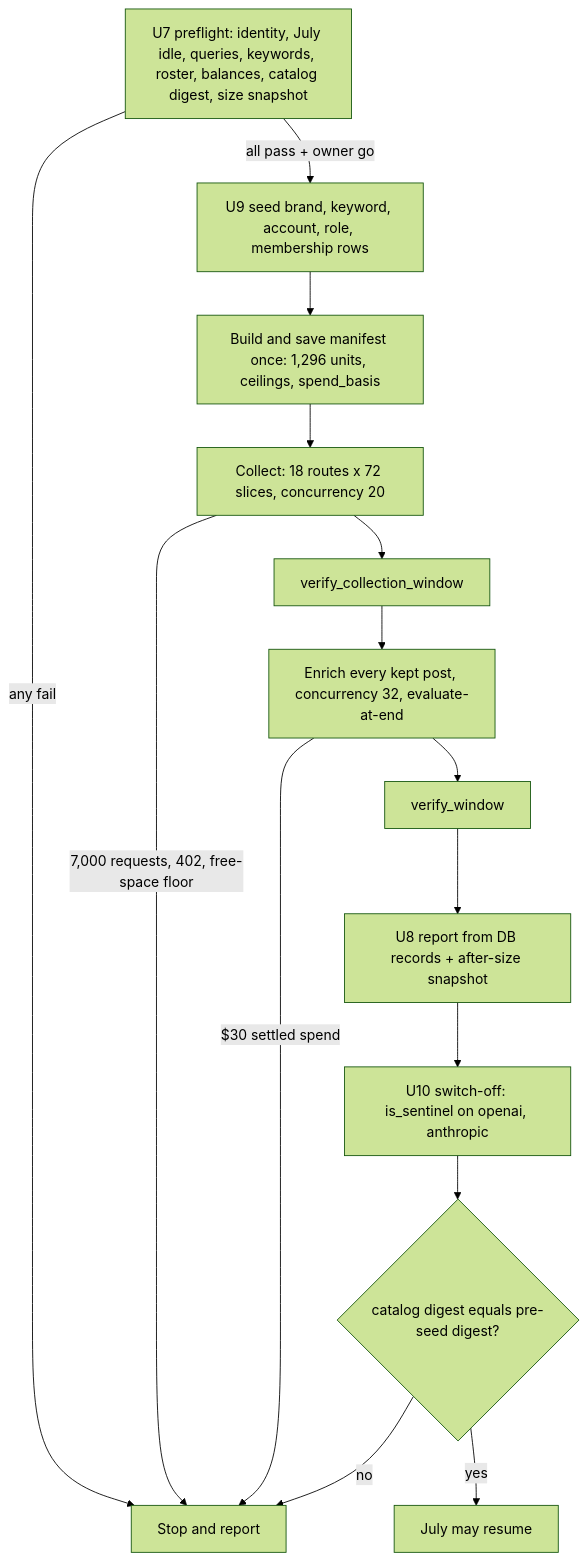
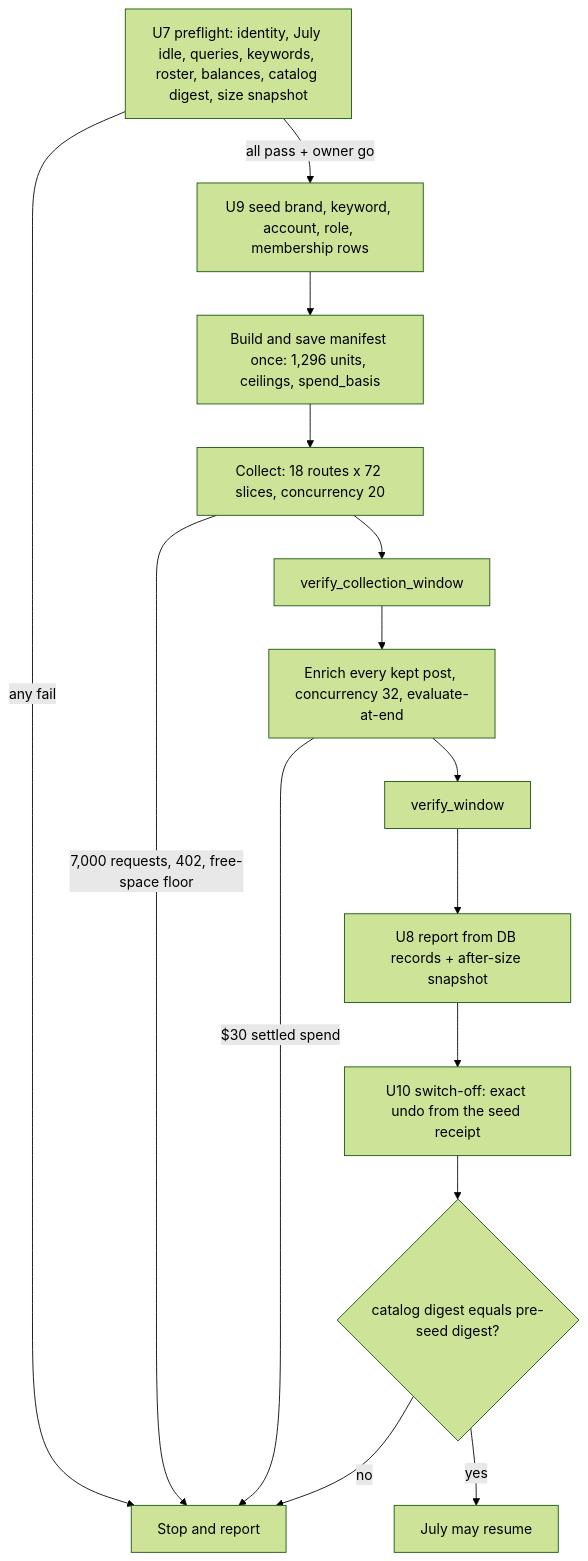
The first of 2 diagrams in docs/plans/2026-10-27-113859-ops-oai-anthropic-size-20261027-plan.md (allenwlee/pushin-weight-v2), drawn with Mermaid (forest theme) before and after one commit. The commit also changed other lines of this file, not shown here.

First line of the commit message:
docs(plan): record the owner's go, exact-undo switch-off and pre-launch results

````diff
--- a/docs/plans/2026-10-27-113859-ops-oai-anthropic-size-20261027-plan.md
+++ b/docs/plans/2026-10-27-113859-ops-oai-anthropic-size-20261027-plan.md
@@ -396,17 +399,17 @@
 ```mermaid
 flowchart TB
   P[U7 preflight: identity, July idle, queries, keywords, roster, balances, catalog digest, size snapshot] -->|all pass + owner go| S[U9 seed brand, keyword, account, role, membership rows]
   P -->|any fail| X[Stop and report]
   S --> M[Build and save manifest once: 1,296 units, ceilings, spend_basis]
   M --> C[Collect: 18 routes x 72 slices, concurrency 20]
   C -->|7,000 requests, 402, free-space floor| X
   C --> V[verify_collection_window]
   V --> E[Enrich every kept post, concurrency 32, evaluate-at-end]
   E -->|$30 settled spend| X
   E --> W[verify_window]
   W --> R[U8 report from DB records + after-size snapshot]
-  R --> O[U10 switch-off: is_sentinel on openai, anthropic]
+  R --> O[U10 switch-off: exact undo from the seed receipt]
   O --> D{catalog digest equals pre-seed digest?}
   D -->|yes| J[July may resume]
   D -->|no| X
 ```
````
